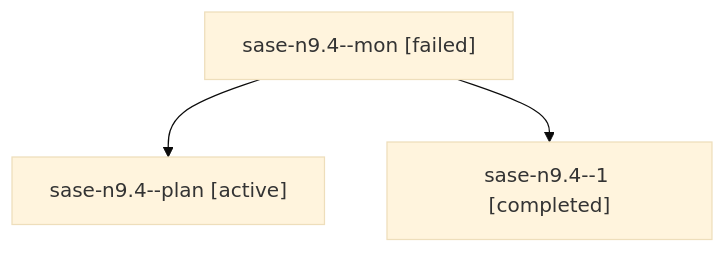
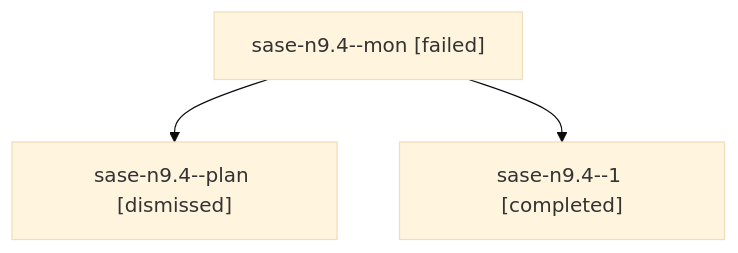
One commit to sase-org/sase--agents changed the diagram in sessions/bbugyi200.athena.sase-n9.4.md. Above: the diagram before and after it, drawn with Mermaid (base theme). The commit also changed other lines of this file and 219 other files, not shown here.

````diff
--- a/sessions/bbugyi200.athena.sase-n9.4.md
+++ b/sessions/bbugyi200.athena.sase-n9.4.md
@@ -9,8 +9,8 @@
 ```mermaid
 flowchart TD
   n0["sase-n9.4--mon [failed]"]
-  n1["sase-n9.4--plan [active]"]
+  n1["sase-n9.4--plan [dismissed]"]
   n0 --> n1
   n2["sase-n9.4--1 [completed]"]
   n0 --> n2
 ```
````
